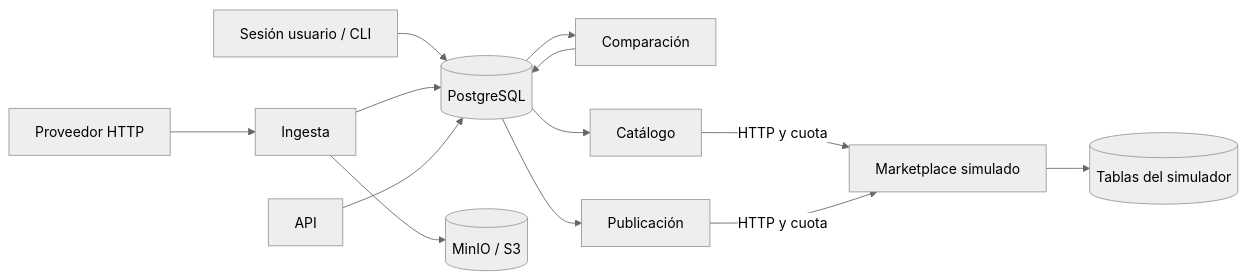
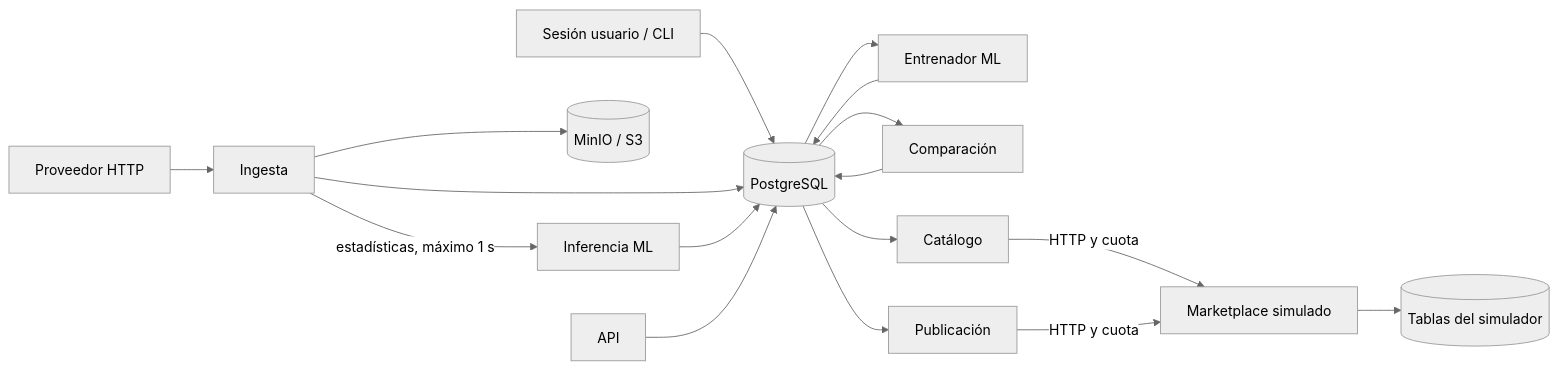
Before and after one commit to ramossofia-f/TP-ISW-IvoStock: the diagram in docs/srd/SRD.md, drawn with Mermaid (neutral theme). The commit also changed other lines of this file and 15 other files, not shown here.

````diff
--- a/docs/srd/SRD.md
+++ b/docs/srd/SRD.md
@@ -9,15 +9,19 @@
 ```mermaid
 flowchart LR
     U[Sesión usuario / CLI] --> PG[(PostgreSQL)]
     HTTP[Proveedor HTTP] --> I[Ingesta]
     I --> S3[(MinIO / S3)]
     I --> PG
+    I -->|estadísticas, máximo 1 s| ML[Inferencia ML]
+    ML --> PG
+    PG --> T[Entrenador ML]
+    T --> PG
     PG --> C[Comparación]
     C --> PG
     PG --> P[Publicación]
     PG --> K[Catálogo]
     K -->|HTTP y cuota| SIM[Marketplace simulado]
     P -->|HTTP y cuota| SIM
     SIM --> DB[(Tablas del simulador)]
     API[API] --> PG
 ```
````
